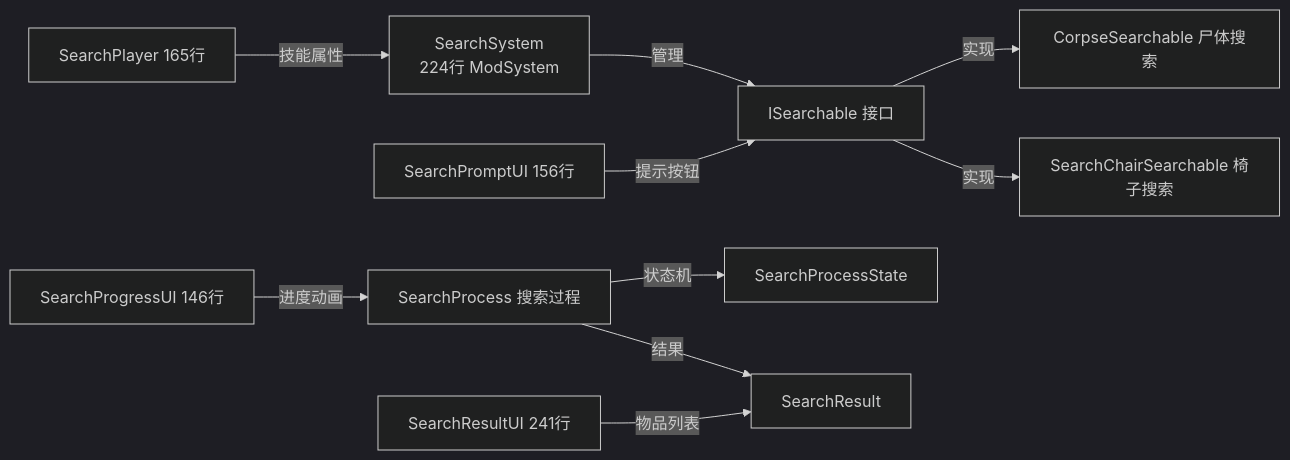
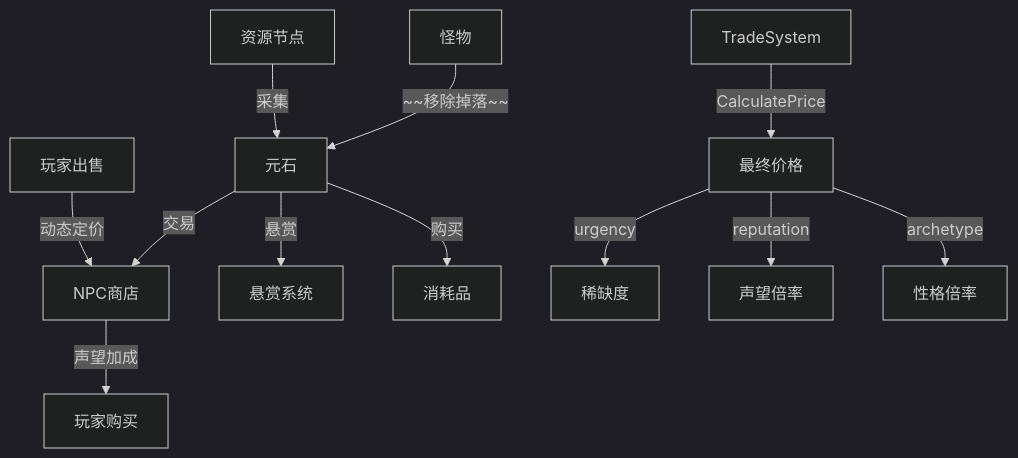
The fifth of 5 diagrams in plans/项目全景分析报告.md (fsx-saki/VerminLordMod), drawn with Mermaid (dark theme) before and after one commit. The commit also changed other lines of this file and 68 other files, not shown here.

````diff
--- a/plans/项目全景分析报告.md
+++ b/plans/项目全景分析报告.md
@@ -539,15 +928,16 @@
 ```mermaid
-flowchart LR
-    SS[SearchSystem<br/>224行 ModSystem] -->|管理| IS[ISearchable 接口]
-    IS -->|实现| CS[CorpseSearchable 尸体搜索]
-    IS -->|实现| SCS[SearchChairSearchable 椅子搜索]
+graph TD
+    Monster[怪物] -->|~~移除掉落~~| YuanS[元石]
+    ResourceNode[资源节点] -->|采集| YuanS
+    YuanS -->|交易| NPCShop[NPC商店]
+    YuanS -->|悬赏| Bounty[悬赏系统]
+    YuanS -->|购买| Consumable[消耗品]
     
-    SP[SearchProcess 搜索过程] -->|状态机| SPS[SearchProcessState]
-    SP -->|结果| SR[SearchResult]
+    PlayerSell[玩家出售] -->|动态定价| NPCShop
+    NPCShop -->|声望加成| PlayerBuy[玩家购买]
     
-    SPUI[SearchProgressUI 146行] -->|进度动画| SP
-    SPrUI[SearchPromptUI 156行] -->|提示按钮| IS
-    SRUI[SearchResultUI 241行] -->|物品列表| SR
-    
-    SPlayer[SearchPlayer 165行] -->|技能属性| SS
+    TradeSystem -->|CalculatePrice| Price[最终价格]
+    Price -->|urgency| Urgency[稀缺度]
+    Price -->|reputation| Reputation[声望倍率]
+    Price -->|archetype| Archetype[性格倍率]
 ```
````
